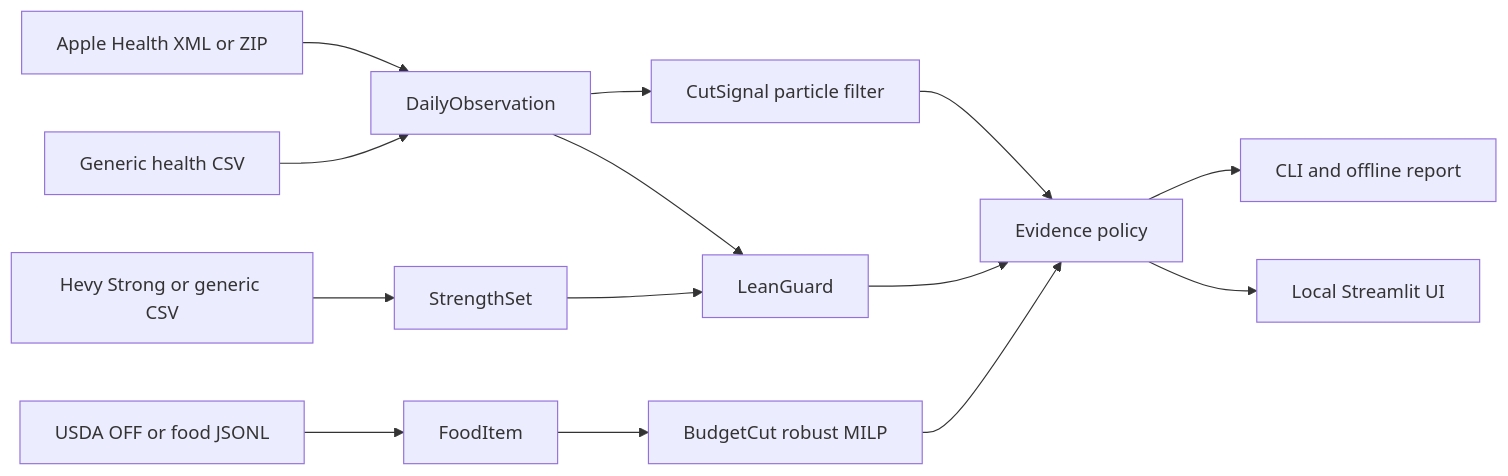
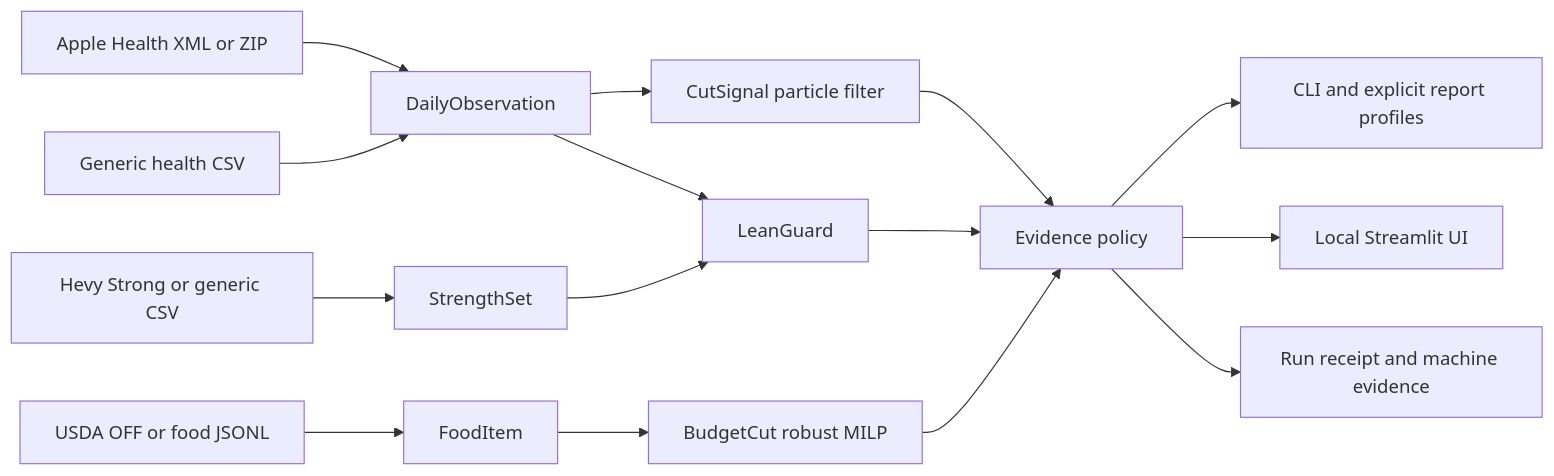
The diagram in docs/ARCHITECTURE.md (limingrui679-design/cutsignal), drawn with Mermaid before and after one commit. The commit also changed other lines of this file and 62 other files, not shown here.

````diff
--- a/docs/ARCHITECTURE.md
+++ b/docs/ARCHITECTURE.md
@@ -6,16 +6,17 @@
 ```mermaid
 flowchart LR
   A[Apple Health XML or ZIP] --> N[DailyObservation]
   B[Generic health CSV] --> N
   C[Hevy Strong or generic CSV] --> S[StrengthSet]
   D[USDA OFF or food JSONL] --> F[FoodItem]
   N --> CUT[CutSignal particle filter]
   N --> LEAN[LeanGuard]
   S --> LEAN
   F --> BUDGET[BudgetCut robust MILP]
   CUT --> P[Evidence policy]
   LEAN --> P
   BUDGET --> P
-  P --> CLI[CLI and offline report]
+  P --> CLI[CLI and explicit report profiles]
   P --> UI[Local Streamlit UI]
+  P --> E[Run receipt and machine evidence]
 ```
````
